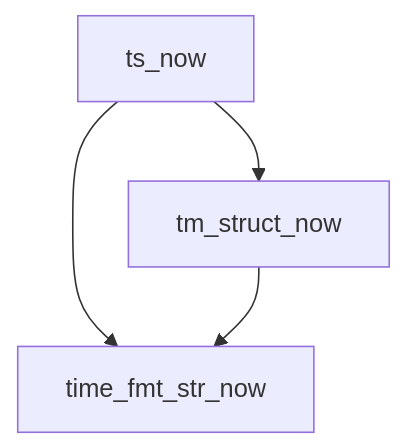
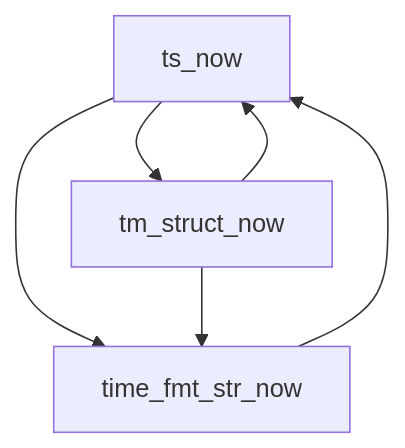
Before and after one commit to mikeli94cn/c: the second of 2 diagrams in flowchart.md, drawn with Mermaid.

Commit message:
time in c

````diff
--- a/flowchart.md
+++ b/flowchart.md
@@ -25,6 +25,8 @@
 ```mermaid
 flowchart TD
     A[ts_now] --> B[tm_struct_now]
     A --> C[time_fmt_str_now]  
     B --> C
+    B --> A
+    C --> A
 ```
````
